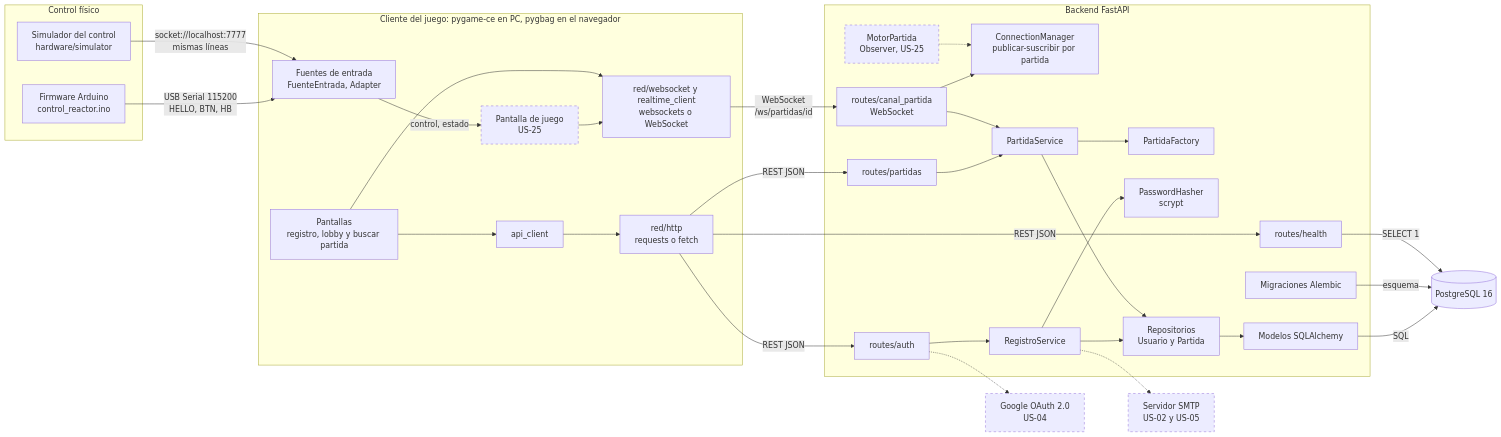
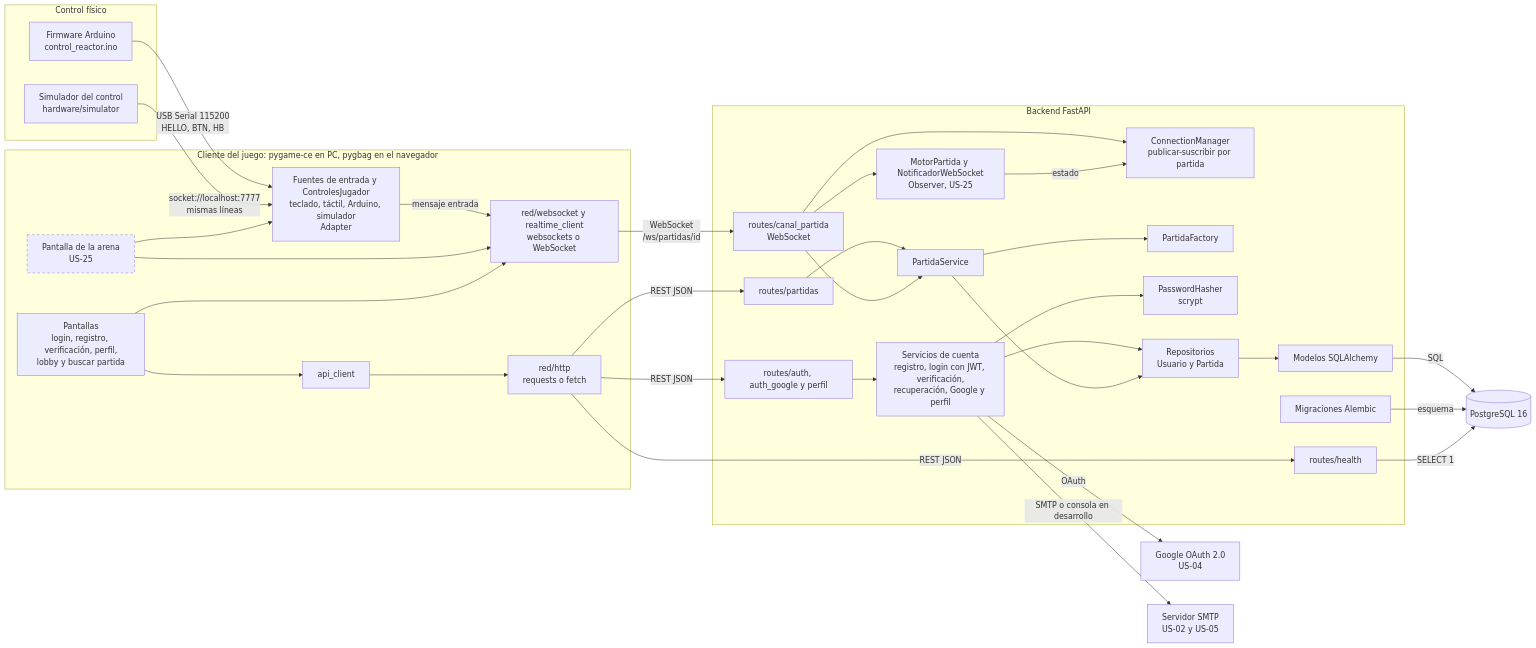
One commit to Fran0Li/Proyecto_Control_del_Reactor_Principios_Mod changed the diagram in docs/arquitectura/componentes.md. Above: the diagram before and after it, drawn with Mermaid. The commit also changed other lines of this file, not shown here.

Commit message:
docs(arquitectura): componentes con el motor de partida, las entradas del jugador y los servicios de cuenta AB#79

````diff
--- a/docs/arquitectura/componentes.md
+++ b/docs/arquitectura/componentes.md
@@ -6,68 +6,70 @@
 ```mermaid
 flowchart LR
     subgraph HW["Control físico"]
         FW["Firmware Arduino<br/>control_reactor.ino"]
         SIM["Simulador del control<br/>hardware/simulator"]
     end
 
     subgraph CLI["Cliente del juego: pygame-ce en PC, pygbag en el navegador"]
-        PANT["Pantallas<br/>registro, lobby y buscar partida"]
-        JUEGO["Pantalla de juego<br/>US-25"]:::plan
-        ENT["Fuentes de entrada<br/>FuenteEntrada, Adapter"]
+        PANT["Pantallas<br/>login, registro, verificación, perfil,<br/>lobby y buscar partida"]
+        JUEGO["Pantalla de la arena<br/>US-25"]:::plan
+        ENT["Fuentes de entrada y ControlesJugador<br/>teclado, táctil, Arduino, simulador<br/>Adapter"]
         APIC["api_client"]
         HTTP["red/http<br/>requests o fetch"]
         WSC["red/websocket y realtime_client<br/>websockets o WebSocket"]
     end
 
     subgraph SRV["Backend FastAPI"]
-        RAUTH["routes/auth"]
+        RAUTH["routes/auth, auth_google y perfil"]
         RPART["routes/partidas"]
         RCANAL["routes/canal_partida<br/>WebSocket"]
         RHEALTH["routes/health"]
         CM["ConnectionManager<br/>publicar-suscribir por partida"]
-        MOTOR["MotorPartida<br/>Observer, US-25"]:::plan
-        SREG["RegistroService"]
+        MOTOR["MotorPartida y NotificadorWebSocket<br/>Observer, US-25"]
+        SREG["Servicios de cuenta<br/>registro, login con JWT, verificación,<br/>recuperación, Google y perfil"]
         SPART["PartidaService"]
         FACT["PartidaFactory"]
         SEC["PasswordHasher<br/>scrypt"]
         REPO["Repositorios<br/>Usuario y Partida"]
         MOD["Modelos SQLAlchemy"]
         MIG["Migraciones Alembic"]
     end
 
     DB[("PostgreSQL 16")]
-    GOOGLE["Google OAuth 2.0<br/>US-04"]:::plan
-    SMTP["Servidor SMTP<br/>US-02 y US-05"]:::plan
+    GOOGLE["Google OAuth 2.0<br/>US-04"]
+    SMTP["Servidor SMTP<br/>US-02 y US-05"]
 
     FW -- "USB Serial 115200<br/>HELLO, BTN, HB" --> ENT
     SIM -- "socket://localhost:7777<br/>mismas líneas" --> ENT
-    ENT -- "control, estado" --> JUEGO
+    JUEGO --> ENT
+    ENT -- "mensaje entrada" --> WSC
     PANT --> APIC
     APIC --> HTTP
     JUEGO --> WSC
     PANT --> WSC
 
     HTTP -- "REST JSON" --> RAUTH
     HTTP -- "REST JSON" --> RPART
     HTTP -- "REST JSON" --> RHEALTH
     WSC -- "WebSocket<br/>/ws/partidas/id" --> RCANAL
 
     RAUTH --> SREG
     RPART --> SPART
     SREG --> SEC
     SREG --> REPO
     SPART --> FACT
     SPART --> REPO
     RCANAL --> SPART
     RCANAL --> CM
-    MOTOR -.-> CM
+    RCANAL --> MOTOR
+    MOTOR -- "estado" --> CM
     REPO --> MOD
     MOD -- "SQL" --> DB
     MIG -- "esquema" --> DB
     RHEALTH -- "SELECT 1" --> DB
 
-    RAUTH -.-> GOOGLE
-    SREG -.-> SMTP
+    SREG -- "OAuth" --> GOOGLE
+    SREG -- "SMTP o consola en desarrollo" --> SMTP
 
     classDef plan stroke-dasharray: 5 5
 ```
````
